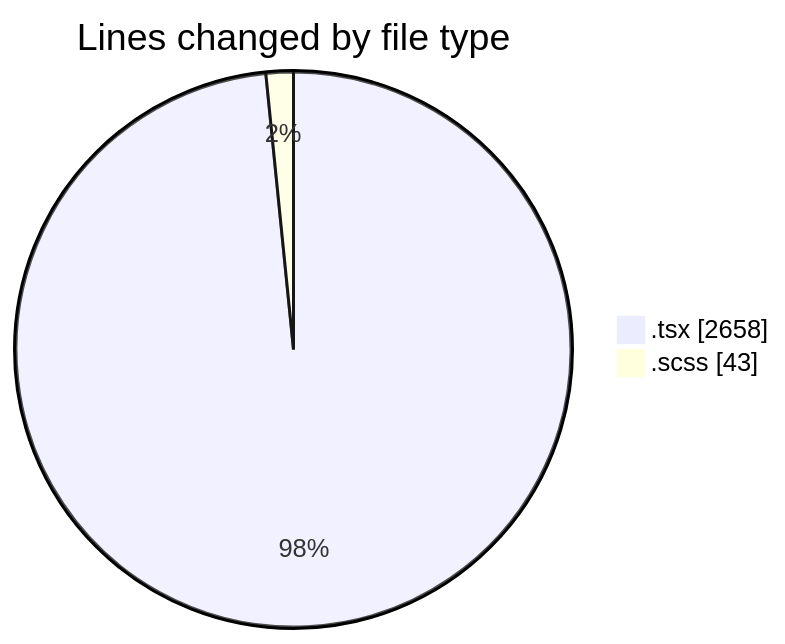
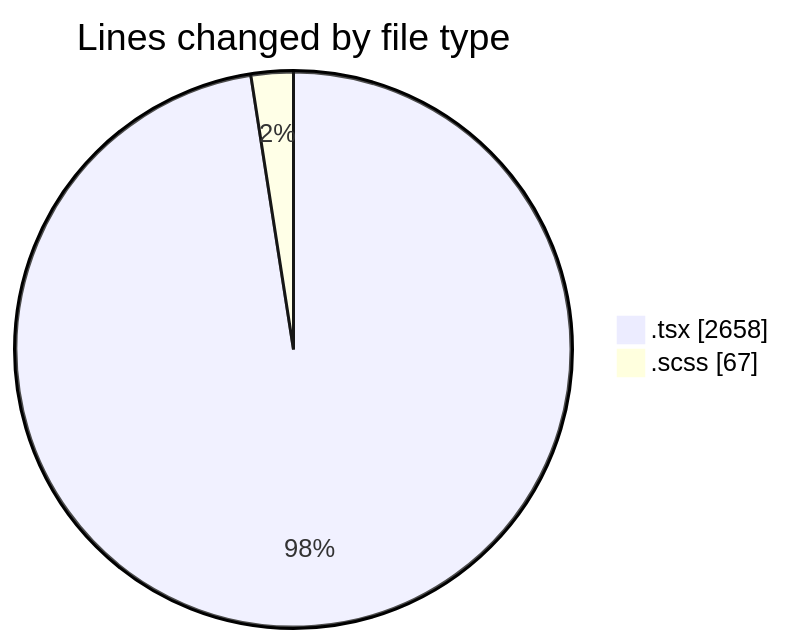
Before and after one commit to momahboobian/code-tracking: the first of 2 diagrams in 2025-06-13/cda/README.md, drawn with Mermaid. The commit also changed other lines of this file and 1 other file, not shown here.

````diff
--- a/2025-06-13/cda/README.md
+++ b/2025-06-13/cda/README.md
@@ -27,6 +27,6 @@
 ```mermaid
 pie showData
 title Lines changed by file type
 ".tsx" : 2658
-".scss" : 43
+".scss" : 67
 ```
````
